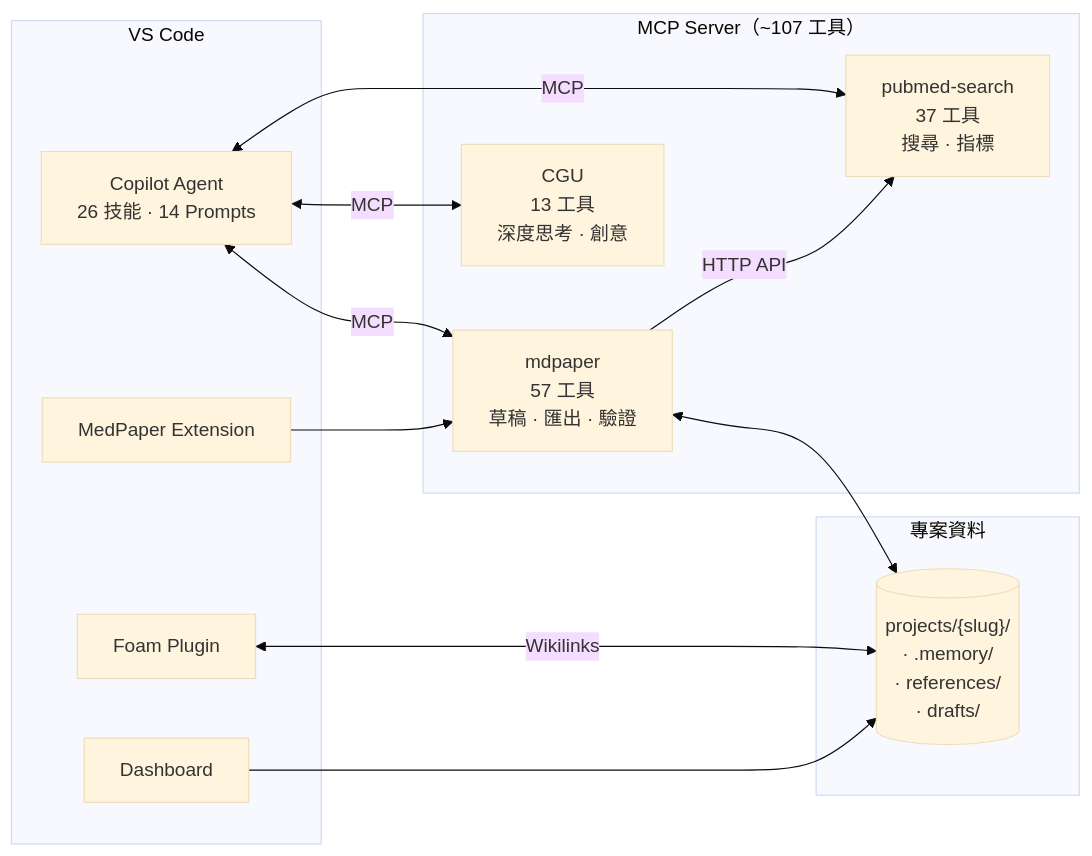
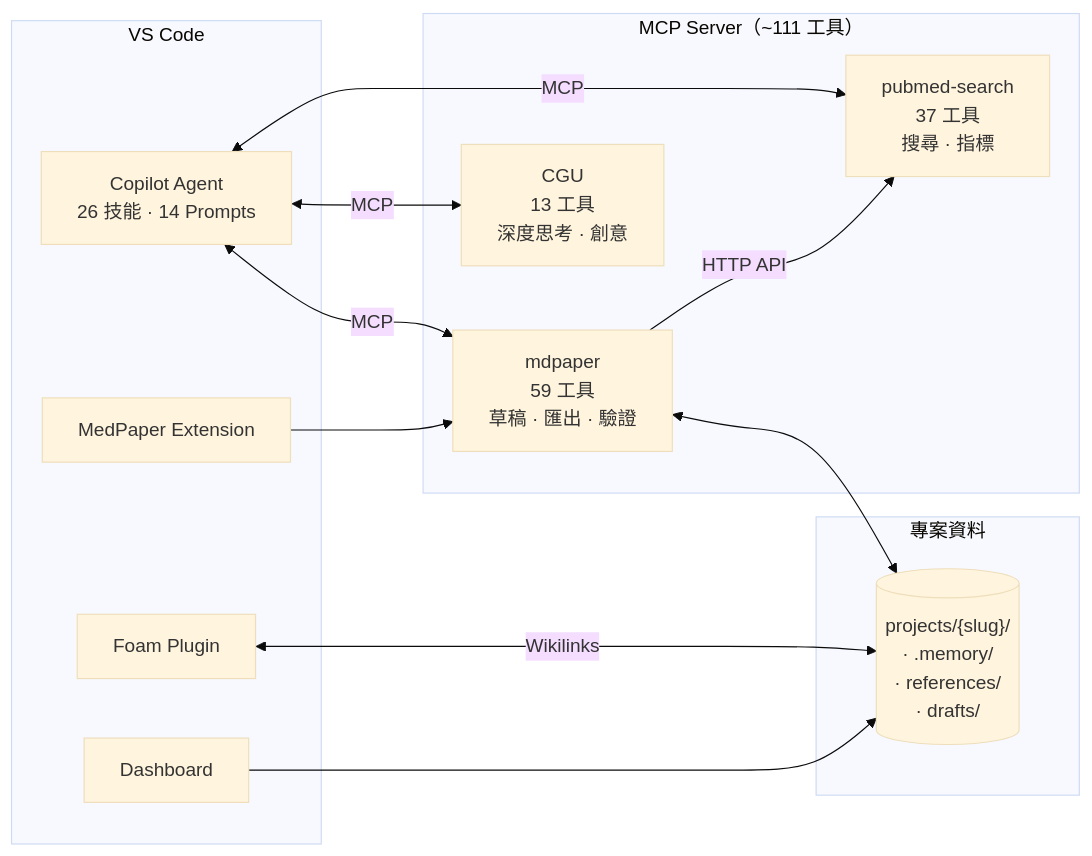
The diagram in README.zh-TW.md (u9401066/med-paper-assistant), drawn with Mermaid (base theme) before and after one commit. The commit also changed other lines of this file and 39 other files, not shown here.

````diff
--- a/README.zh-TW.md
+++ b/README.zh-TW.md
@@ -43,28 +43,28 @@
 ```mermaid
 flowchart LR
     subgraph IDE["VS Code"]
         Agent["Copilot Agent<br/>26 技能 · 14 Prompts"]
         Foam[Foam Plugin]
         Ext[MedPaper Extension]
         Dash[Dashboard]
     end
 
-    subgraph MCP["MCP Server（~107 工具）"]
-        mdpaper["mdpaper<br/>57 工具<br/>草稿 · 匯出 · 驗證"]
+    subgraph MCP["MCP Server（~111 工具）"]
+        mdpaper["mdpaper<br/>59 工具<br/>草稿 · 匯出 · 驗證"]
         pubmed["pubmed-search<br/>37 工具<br/>搜尋 · 指標"]
         cgu["CGU<br/>13 工具<br/>深度思考 · 創意"]
     end
 
     subgraph Data["專案資料"]
         proj[("projects/{slug}/<br/>· .memory/<br/>· references/<br/>· drafts/")]
     end
 
     Agent <-->|MCP| mdpaper
     Agent <-->|MCP| pubmed
     Agent <-->|MCP| cgu
     mdpaper -->|HTTP API| pubmed
     Foam <-->|Wikilinks| proj
     mdpaper <--> proj
     Ext --> mdpaper
     Dash --> proj
 ```
````
